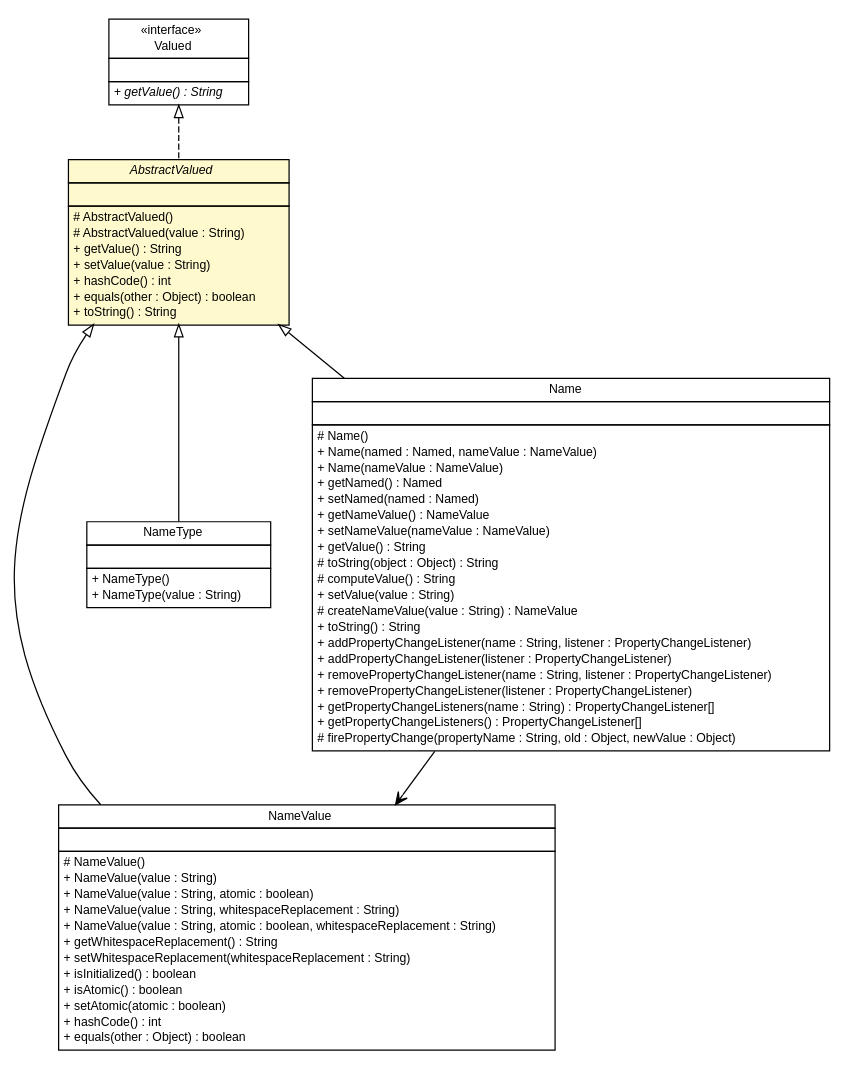
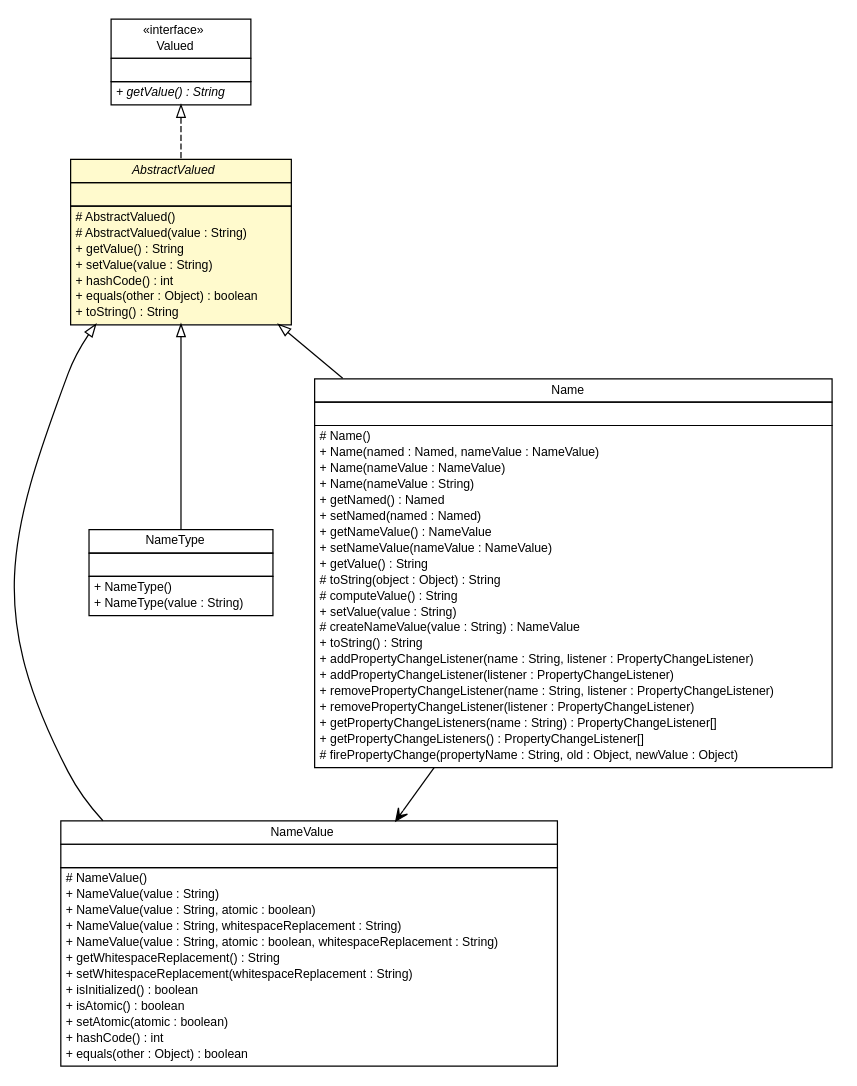
The diagram in apidocs/com/edugility/nomen/AbstractValued.dot (ljnelson/nomen), drawn with Graphviz before and after one commit. The commit also changed 155 other files, not shown here.

```diff
--- a/apidocs/com/edugility/nomen/AbstractValued.dot
+++ b/apidocs/com/edugility/nomen/AbstractValued.dot
@@ -1,120 +1,121 @@
 #!/usr/local/bin/dot
 #
 # Class diagram 
 # Generated by UMLGraph version R5_6-24-gf6e263 (http://www.umlgraph.org/)
 #
 
 digraph G {
 	edge [fontname="Helvetica",fontsize=10,labelfontname="Helvetica",labelfontsize=10];
 	node [fontname="Helvetica",fontsize=10,shape=plaintext];
 	nodesep=0.25;
 	ranksep=0.5;
 	// com.edugility.nomen.Valued
-	c44 [label=<<table title="com.edugility.nomen.Valued" border="0" cellborder="1" cellspacing="0" cellpadding="2" port="p" href="./Valued.html">
+	c58 [label=<<table title="com.edugility.nomen.Valued" border="0" cellborder="1" cellspacing="0" cellpadding="2" port="p" href="./Valued.html">
 		<tr><td><table border="0" cellspacing="0" cellpadding="1">
 <tr><td align="center" balign="center"> &#171;interface&#187; </td></tr>
 <tr><td align="center" balign="center"> Valued </td></tr>
 		</table></td></tr>
 		<tr><td><table border="0" cellspacing="0" cellpadding="1">
 <tr><td align="left" balign="left">  </td></tr>
 		</table></td></tr>
 		<tr><td><table border="0" cellspacing="0" cellpadding="1">
 <tr><td align="left" balign="left"><font face="Helvetica-Oblique" point-size="10.0"> + getValue() : String </font></td></tr>
 		</table></td></tr>
 		</table>>, URL="./Valued.html", fontname="Helvetica", fontcolor="black", fontsize=10.0];
 	// com.edugility.nomen.NameValue
-	c45 [label=<<table title="com.edugility.nomen.NameValue" border="0" cellborder="1" cellspacing="0" cellpadding="2" port="p" href="./NameValue.html">
+	c59 [label=<<table title="com.edugility.nomen.NameValue" border="0" cellborder="1" cellspacing="0" cellpadding="2" port="p" href="./NameValue.html">
 		<tr><td><table border="0" cellspacing="0" cellpadding="1">
 <tr><td align="center" balign="center"> NameValue </td></tr>
 		</table></td></tr>
 		<tr><td><table border="0" cellspacing="0" cellpadding="1">
 <tr><td align="left" balign="left">  </td></tr>
 		</table></td></tr>
 		<tr><td><table border="0" cellspacing="0" cellpadding="1">
 <tr><td align="left" balign="left"> # NameValue() </td></tr>
 <tr><td align="left" balign="left"> + NameValue(value : String) </td></tr>
 <tr><td align="left" balign="left"> + NameValue(value : String, atomic : boolean) </td></tr>
 <tr><td align="left" balign="left"> + NameValue(value : String, whitespaceReplacement : String) </td></tr>
 <tr><td align="left" balign="left"> + NameValue(value : String, atomic : boolean, whitespaceReplacement : String) </td></tr>
 <tr><td align="left" balign="left"> + getWhitespaceReplacement() : String </td></tr>
 <tr><td align="left" balign="left"> + setWhitespaceReplacement(whitespaceReplacement : String) </td></tr>
 <tr><td align="left" balign="left"> + isInitialized() : boolean </td></tr>
 <tr><td align="left" balign="left"> + isAtomic() : boolean </td></tr>
 <tr><td align="left" balign="left"> + setAtomic(atomic : boolean) </td></tr>
 <tr><td align="left" balign="left"> + hashCode() : int </td></tr>
 <tr><td align="left" balign="left"> + equals(other : Object) : boolean </td></tr>
 		</table></td></tr>
 		</table>>, URL="./NameValue.html", fontname="Helvetica", fontcolor="black", fontsize=10.0];
 	// com.edugility.nomen.NameType
-	c46 [label=<<table title="com.edugility.nomen.NameType" border="0" cellborder="1" cellspacing="0" cellpadding="2" port="p" href="./NameType.html">
+	c60 [label=<<table title="com.edugility.nomen.NameType" border="0" cellborder="1" cellspacing="0" cellpadding="2" port="p" href="./NameType.html">
 		<tr><td><table border="0" cellspacing="0" cellpadding="1">
 <tr><td align="center" balign="center"> NameType </td></tr>
 		</table></td></tr>
 		<tr><td><table border="0" cellspacing="0" cellpadding="1">
 <tr><td align="left" balign="left">  </td></tr>
 		</table></td></tr>
 		<tr><td><table border="0" cellspacing="0" cellpadding="1">
 <tr><td align="left" balign="left"> + NameType() </td></tr>
 <tr><td align="left" balign="left"> + NameType(value : String) </td></tr>
 		</table></td></tr>
 		</table>>, URL="./NameType.html", fontname="Helvetica", fontcolor="black", fontsize=10.0];
 	// com.edugility.nomen.Name
-	c48 [label=<<table title="com.edugility.nomen.Name" border="0" cellborder="1" cellspacing="0" cellpadding="2" port="p" href="./Name.html">
+	c64 [label=<<table title="com.edugility.nomen.Name" border="0" cellborder="1" cellspacing="0" cellpadding="2" port="p" href="./Name.html">
 		<tr><td><table border="0" cellspacing="0" cellpadding="1">
 <tr><td align="center" balign="center"> Name </td></tr>
 		</table></td></tr>
 		<tr><td><table border="0" cellspacing="0" cellpadding="1">
 <tr><td align="left" balign="left">  </td></tr>
 		</table></td></tr>
 		<tr><td><table border="0" cellspacing="0" cellpadding="1">
 <tr><td align="left" balign="left"> # Name() </td></tr>
 <tr><td align="left" balign="left"> + Name(named : Named, nameValue : NameValue) </td></tr>
 <tr><td align="left" balign="left"> + Name(nameValue : NameValue) </td></tr>
+<tr><td align="left" balign="left"> + Name(nameValue : String) </td></tr>
 <tr><td align="left" balign="left"> + getNamed() : Named </td></tr>
 <tr><td align="left" balign="left"> + setNamed(named : Named) </td></tr>
 <tr><td align="left" balign="left"> + getNameValue() : NameValue </td></tr>
 <tr><td align="left" balign="left"> + setNameValue(nameValue : NameValue) </td></tr>
 <tr><td align="left" balign="left"> + getValue() : String </td></tr>
 <tr><td align="left" balign="left"> # toString(object : Object) : String </td></tr>
 <tr><td align="left" balign="left"> # computeValue() : String </td></tr>
 <tr><td align="left" balign="left"> + setValue(value : String) </td></tr>
 <tr><td align="left" balign="left"> # createNameValue(value : String) : NameValue </td></tr>
 <tr><td align="left" balign="left"> + toString() : String </td></tr>
 <tr><td align="left" balign="left"> + addPropertyChangeListener(name : String, listener : PropertyChangeListener) </td></tr>
 <tr><td align="left" balign="left"> + addPropertyChangeListener(listener : PropertyChangeListener) </td></tr>
 <tr><td align="left" balign="left"> + removePropertyChangeListener(name : String, listener : PropertyChangeListener) </td></tr>
 <tr><td align="left" balign="left"> + removePropertyChangeListener(listener : PropertyChangeListener) </td></tr>
 <tr><td align="left" balign="left"> + getPropertyChangeListeners(name : String) : PropertyChangeListener[] </td></tr>
 <tr><td align="left" balign="left"> + getPropertyChangeListeners() : PropertyChangeListener[] </td></tr>
 <tr><td align="left" balign="left"> # firePropertyChange(propertyName : String, old : Object, newValue : Object) </td></tr>
 		</table></td></tr>
 		</table>>, URL="./Name.html", fontname="Helvetica", fontcolor="black", fontsize=10.0];
 	// com.edugility.nomen.AbstractValued
-	c49 [label=<<table title="com.edugility.nomen.AbstractValued" border="0" cellborder="1" cellspacing="0" cellpadding="2" port="p" bgcolor="lemonChiffon" href="./AbstractValued.html">
+	c66 [label=<<table title="com.edugility.nomen.AbstractValued" border="0" cellborder="1" cellspacing="0" cellpadding="2" port="p" bgcolor="lemonChiffon" href="./AbstractValued.html">
 		<tr><td><table border="0" cellspacing="0" cellpadding="1">
 <tr><td align="center" balign="center"><font face="Helvetica-Oblique"> AbstractValued </font></td></tr>
 		</table></td></tr>
 		<tr><td><table border="0" cellspacing="0" cellpadding="1">
 <tr><td align="left" balign="left">  </td></tr>
 		</table></td></tr>
 		<tr><td><table border="0" cellspacing="0" cellpadding="1">
 <tr><td align="left" balign="left"> # AbstractValued() </td></tr>
 <tr><td align="left" balign="left"> # AbstractValued(value : String) </td></tr>
 <tr><td align="left" balign="left"> + getValue() : String </td></tr>
 <tr><td align="left" balign="left"> + setValue(value : String) </td></tr>
 <tr><td align="left" balign="left"> + hashCode() : int </td></tr>
 <tr><td align="left" balign="left"> + equals(other : Object) : boolean </td></tr>
 <tr><td align="left" balign="left"> + toString() : String </td></tr>
 		</table></td></tr>
 		</table>>, URL="./AbstractValued.html", fontname="Helvetica", fontcolor="black", fontsize=10.0];
 	//com.edugility.nomen.NameValue extends com.edugility.nomen.AbstractValued
-	c49:p -> c45:p [dir=back,arrowtail=empty];
+	c66:p -> c59:p [dir=back,arrowtail=empty];
 	//com.edugility.nomen.NameType extends com.edugility.nomen.AbstractValued
-	c49:p -> c46:p [dir=back,arrowtail=empty];
+	c66:p -> c60:p [dir=back,arrowtail=empty];
 	//com.edugility.nomen.Name extends com.edugility.nomen.AbstractValued
-	c49:p -> c48:p [dir=back,arrowtail=empty];
+	c66:p -> c64:p [dir=back,arrowtail=empty];
 	//com.edugility.nomen.AbstractValued implements com.edugility.nomen.Valued
-	c44:p -> c49:p [dir=back,arrowtail=empty,style=dashed];
+	c58:p -> c66:p [dir=back,arrowtail=empty,style=dashed];
 	// com.edugility.nomen.Name NAVASSOC com.edugility.nomen.NameValue
-	c48:p -> c45:p [taillabel="", label="", headlabel="", fontname="Helvetica", fontcolor="black", fontsize=10.0, color="black", arrowhead=open];
+	c64:p -> c59:p [taillabel="", label="", headlabel="", fontname="Helvetica", fontcolor="black", fontsize=10.0, color="black", arrowhead=open];
 }
```
